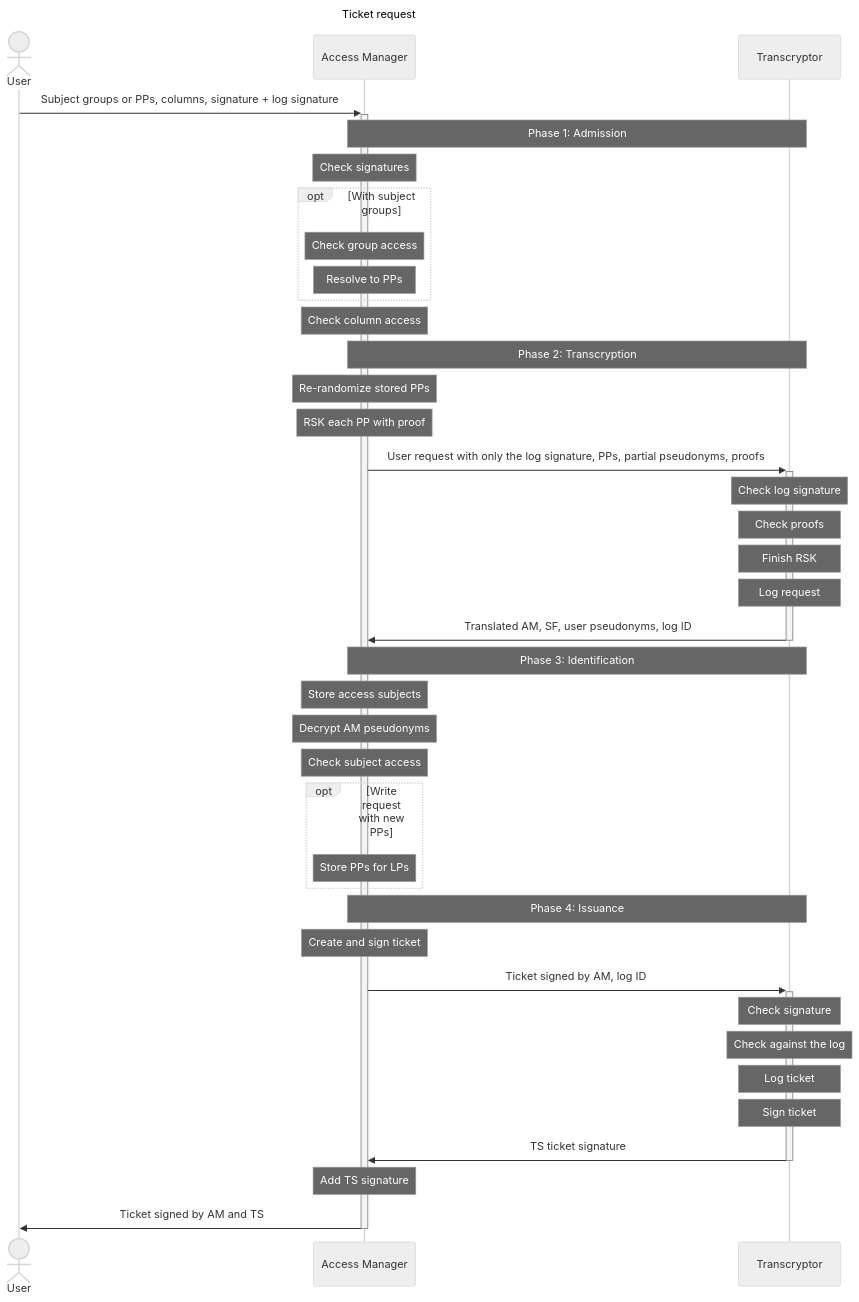
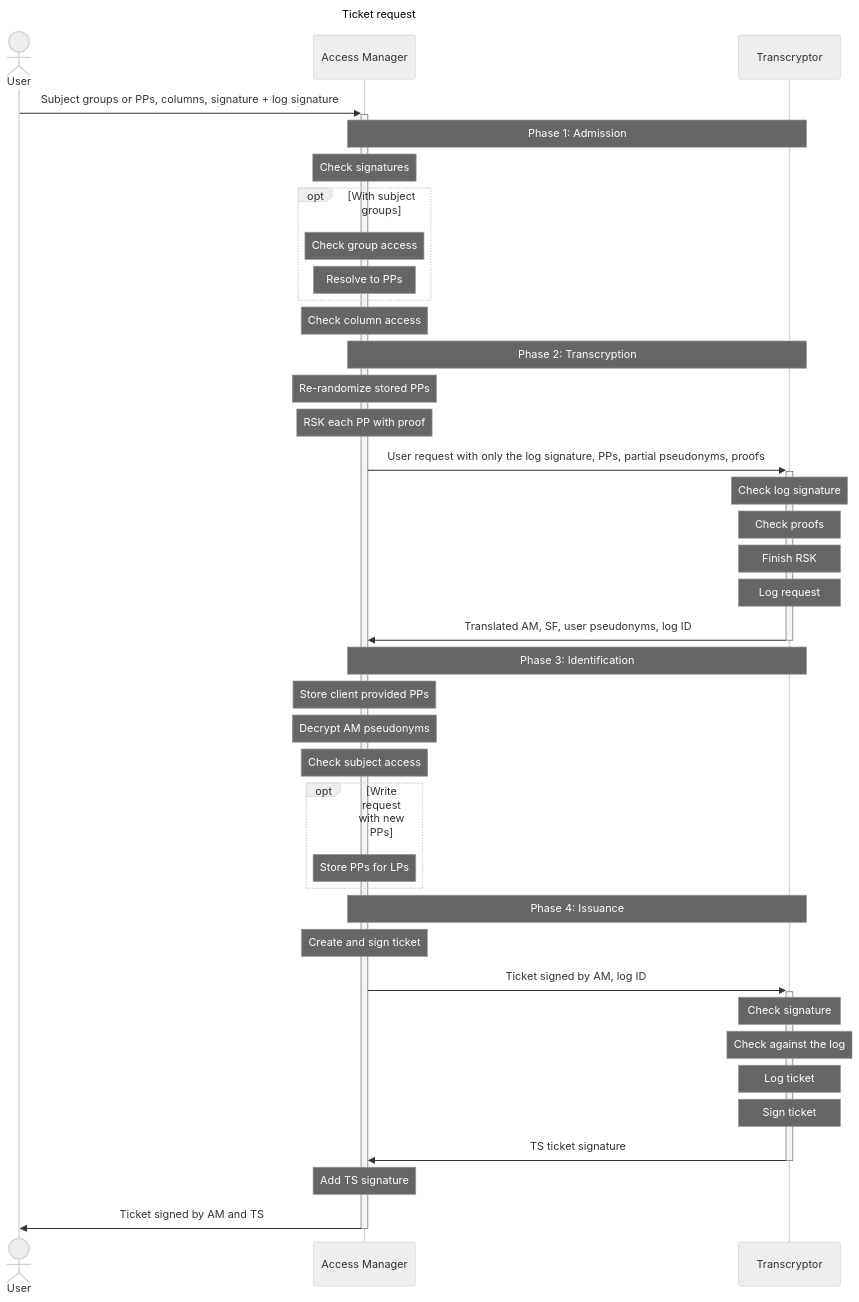
One commit to PEP-Repository/core changed the diagram in docs/public/crypto/ticket_request.md. Above: the diagram before and after it, drawn with Mermaid (neutral theme). The commit also changed other lines of this file, not shown here.

Commit message:
docs(handleTicketRequest2): Clarify when AM stores PPs

````diff
--- a/docs/public/crypto/ticket_request.md
+++ b/docs/public/crypto/ticket_request.md
@@ -22,47 +22,47 @@
 ```mermaid
 sequenceDiagram
   title Ticket request
   actor User
   participant AM as Access Manager
   participant TS as Transcryptor
 
   User->>+AM: Subject groups or PPs, columns, signature + log signature
 
   Note over AM,TS: Phase 1: Admission
   Note over AM: Check signatures
   opt With subject groups
     Note over AM: Check group access
     Note over AM: Resolve to PPs
   end
   Note over AM: Check column access
 
   Note over AM,TS: Phase 2: Transcryption
   Note over AM: Re-randomize stored PPs
   Note over AM: RSK each PP with proof
   AM->>+TS: User request with only the log signature, PPs, partial pseudonyms, proofs
   Note over TS: Check log signature
   Note over TS: Check proofs
   Note over TS: Finish RSK
   Note over TS: Log request
   TS->>-AM: Translated AM, SF, user pseudonyms, log ID
 
   Note over AM,TS: Phase 3: Identification
-  Note over AM: Store access subjects
+  Note over AM: Store client provided PPs
   Note over AM: Decrypt AM pseudonyms
   Note over AM: Check subject access
   opt Write request with new PPs
     Note over AM: Store PPs for LPs
   end
 
   Note over AM,TS: Phase 4: Issuance
   Note over AM: Create and sign ticket
   AM->>+TS: Ticket signed by AM, log ID
   Note over TS: Check signature
   Note over TS: Check against the log
   Note over TS: Log ticket
   Note over TS: Sign ticket
   TS->>-AM: TS ticket signature
   Note over AM: Add TS signature
 
   AM->>-User: Ticket signed by AM and TS
 ```
````
